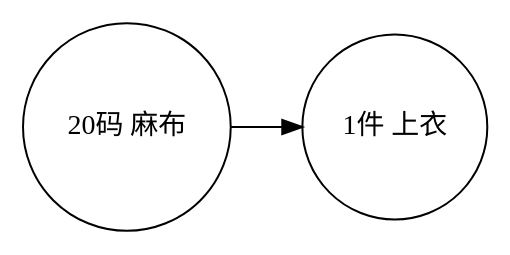
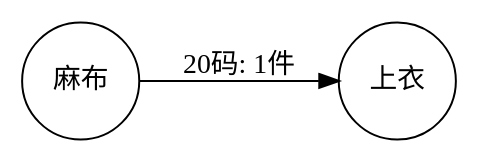
Before and after one commit to Wangsutan/Kapital: the diagram in 资本的生产过程/价值形式理论/价值形式/graphs_generated/simple.dot, drawn with Graphviz. The commit also changed 34 other files, not shown here.

Commit message:
检查图的性质

```diff
--- a/资本的生产过程/价值形式理论/价值形式/graphs_generated/simple.dot
+++ b/资本的生产过程/价值形式理论/价值形式/graphs_generated/simple.dot
@@ -1,5 +1,5 @@
 digraph 价值形式理论 {
     rankdir=LR;
     node [shape=circle];
-    "20码 麻布" -> "1件 上衣";
+    "麻布" -> "上衣" [label="20码: 1件"];
 }
```
